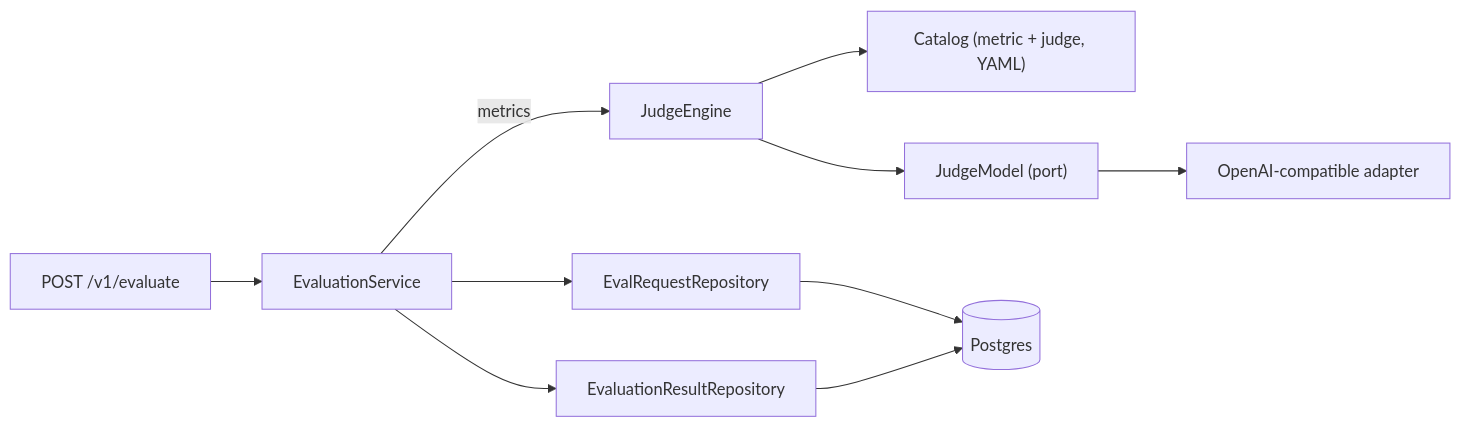
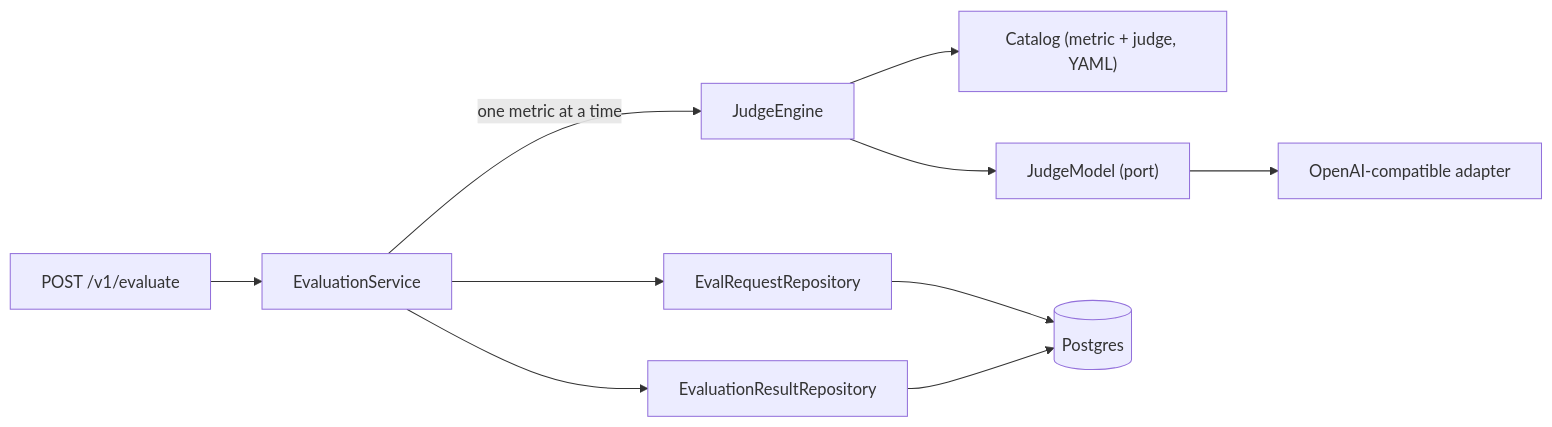
One commit to DimitarAtanassov/arc-eval-service changed the second of 3 diagrams in docs/arc-evaluator.md. Above: the diagram before and after it, drawn with Mermaid. The commit also changed other lines of this file and 40 other files, not shown here.

````diff
--- a/docs/arc-evaluator.md
+++ b/docs/arc-evaluator.md
@@ -18,12 +37,12 @@
 ```mermaid
 flowchart LR
     API["POST /v1/evaluate"] --> SVC["EvaluationService"]
-    SVC -->|"metrics"| ENG["JudgeEngine"]
+    SVC -->|"one metric at a time"| ENG["JudgeEngine"]
     ENG --> LIB["Catalog (metric + judge, YAML)"]
     ENG --> PORT["JudgeModel (port)"]
     PORT --> OAI["OpenAI-compatible adapter"]
     SVC --> REQ["EvalRequestRepository"]
     SVC --> RES["EvaluationResultRepository"]
     REQ --> DB[("Postgres")]
     RES --> DB
 ```
````
